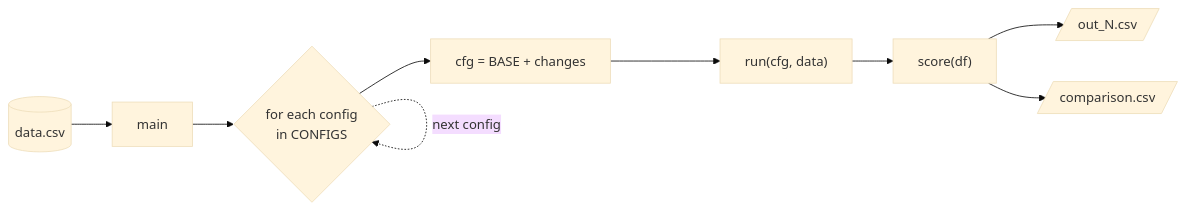
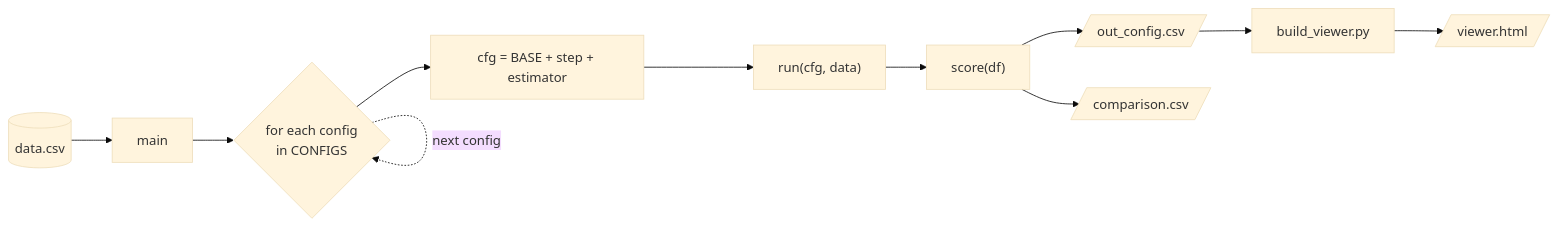
The third of 11 diagrams in README.md (sing456123/FYP), drawn with Mermaid (base theme) before and after one commit. The commit also changed other lines of this file and 12 other files, not shown here.

````diff
--- a/README.md
+++ b/README.md
@@ -18,11 +45,12 @@
 ```mermaid
 flowchart LR
     A[(data.csv)] --> B[main]
     B --> C{for each config<br/>in CONFIGS}
-    C --> D["cfg = BASE + changes"]
+    C --> D["cfg = BASE + step + estimator"]
     D --> E["run(cfg, data)"]
     E --> F["score(df)"]
-    F --> G[/out_N.csv/]
+    F --> G[/out_config.csv/]
     F --> H[/comparison.csv/]
     C -. next config .-> C
+    G --> V["build_viewer.py"] --> VH[/viewer.html/]
 ```
````
